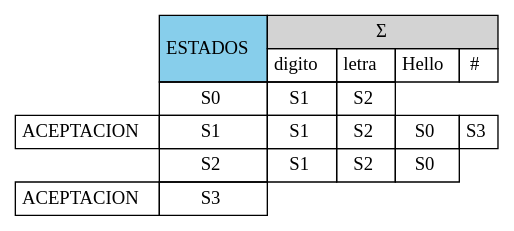
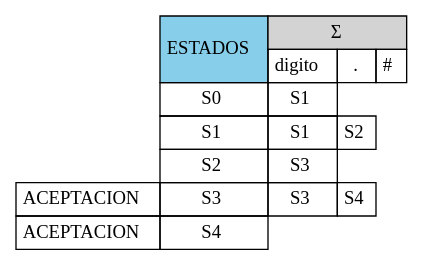
Before and after one commit to diegomazariegos2002/OLC1-P1-202003975: the diagram in OLC1-P1-202003975/decimal_TablaTransiciones.dot, drawn with Graphviz. The commit also changed 66 other files, not shown here.

```diff
--- a/OLC1-P1-202003975/decimal_TablaTransiciones.dot
+++ b/OLC1-P1-202003975/decimal_TablaTransiciones.dot
@@ -1,42 +1,42 @@
 digraph html { 
 abc [shape=none, margin=0, label=< 
 <TABLE BORDER="0" CELLBORDER="1" CELLSPACING="0" CELLPADDING="4">
 <TR>
 <TD BORDER="0"></TD>
 <TD COLSPAN = "1" ROWSPAN = "2" BGCOLOR="skyblue">ESTADOS</TD>
 <TD COLSPAN="1000" BGCOLOR="lightgrey">Σ</TD>
 </TR>
 <TR>
 <TD BORDER="0"></TD>
 <TD>digito</TD>
-<TD>letra</TD>
-<TD>Hello</TD>
+<TD>.</TD>
 <TD>#</TD>
 </TR>
 <TR>
 <TD BORDER = "0"></TD>
 <TD>S0</TD>
 <TD>S1</TD>
-<TD>S2</TD>
 </TR>
 <TR>
-<TD>ACEPTACION</TD>
+<TD BORDER = "0"></TD>
 <TD>S1</TD>
 <TD>S1</TD>
 <TD>S2</TD>
-<TD>S0</TD>
-<TD>S3</TD>
 </TR>
 <TR>
 <TD BORDER = "0"></TD>
 <TD>S2</TD>
-<TD>S1</TD>
-<TD>S2</TD>
-<TD>S0</TD>
+<TD>S3</TD>
 </TR>
 <TR>
 <TD>ACEPTACION</TD>
 <TD>S3</TD>
+<TD>S3</TD>
+<TD>S4</TD>
+</TR>
+<TR>
+<TD>ACEPTACION</TD>
+<TD>S4</TD>
 </TR>
     </TABLE>>];
 }
```
